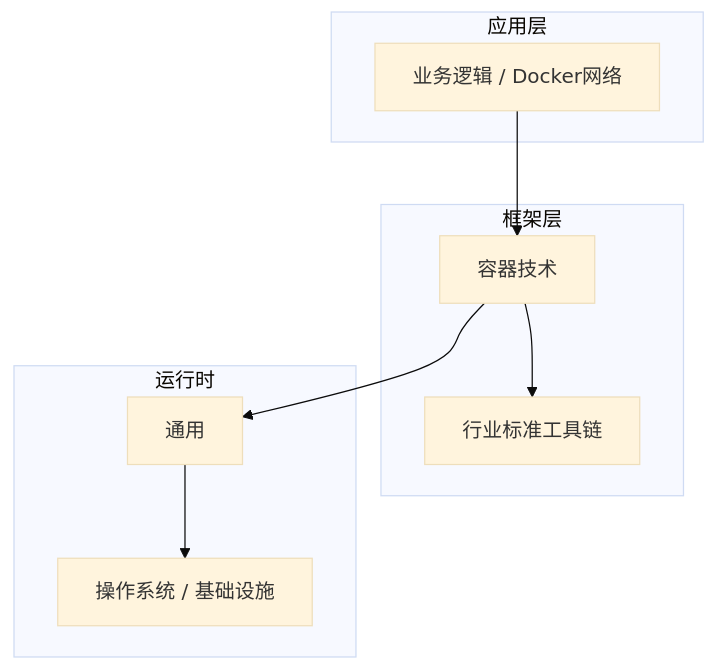
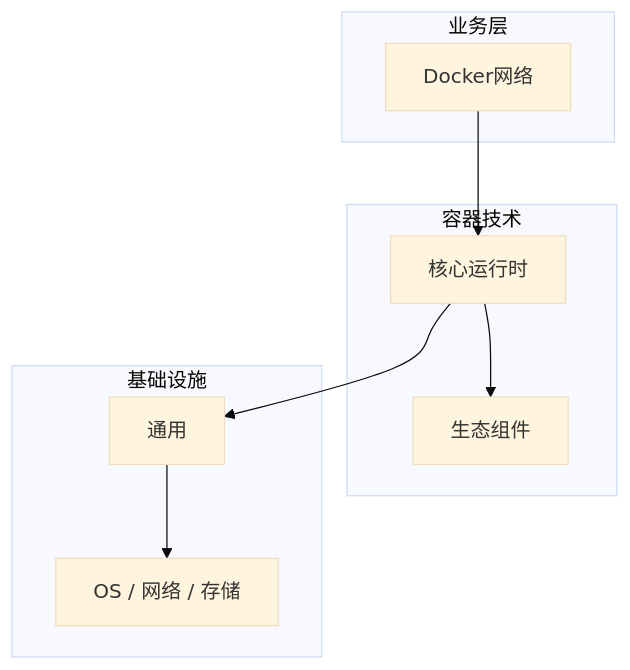
One commit to yanggan2015/knowledge-json-v2 changed the diagram in articles/容器技术/chapters/061-Docker网络核心概念与原理.md. Above: the diagram before and after it, drawn with Mermaid (base theme). The commit also changed other lines of this file and 10127 other files, not shown here.

````diff
--- a/articles/容器技术/chapters/061-Docker网络核心概念与原理.md
+++ b/articles/容器技术/chapters/061-Docker网络核心概念与原理.md
@@ -45,18 +34,18 @@
 ```mermaid
 graph TB
-    subgraph 应用层
-        A[业务逻辑 / Docker网络]
+    subgraph 业务层
+        A[Docker网络]
     end
-    subgraph 框架层
-        B[容器技术]
-        C[行业标准工具链]
+    subgraph 容器技术
+        B[核心运行时]
+        C[生态组件]
     end
-    subgraph 运行时
+    subgraph 基础设施
         D[通用]
-        E[操作系统 / 基础设施]
+        E[OS / 网络 / 存储]
     end
     A --> B
     B --> C
     B --> D
     D --> E
 ```
````
